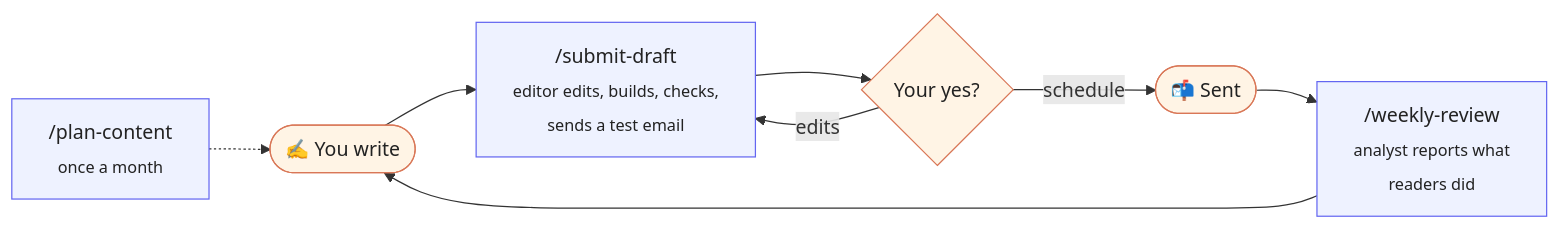
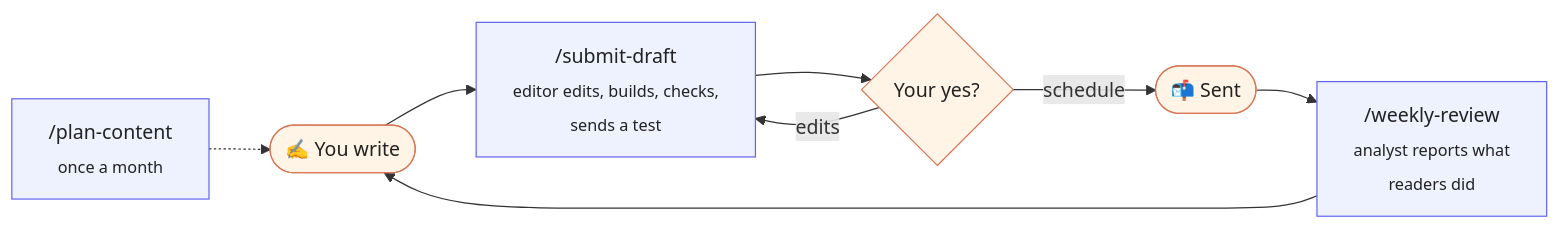
One commit to matthewmalia/beehiiv-starting-block changed the diagram in README.md. Above: the diagram before and after it, drawn with Mermaid. The commit also changed other lines of this file, not shown here.

````diff
--- a/README.md
+++ b/README.md
@@ -51,15 +49,15 @@
 ```mermaid
 flowchart LR
-    W(["✍️ You write"]) --> S["/submit-draft<br/><sub>editor edits, builds, checks,<br/>sends a test email</sub>"]
+    W(["✍️ You write"]) --> S["/submit-draft<br/><sub>editor edits, builds, checks,<br/>sends a test</sub>"]
     S --> A{"Your yes?"}
     A -- "edits" --> S
     A -- "schedule" --> P(["📬 Sent"])
     P --> R["/weekly-review<br/><sub>analyst reports what<br/>readers did</sub>"]
     R --> W
     C["/plan-content<br/><sub>once a month</sub>"] -.-> W
 
     classDef you fill:#FFF4E5,stroke:#D97757,color:#222
     classDef cmd fill:#EEF2FF,stroke:#6366F1,color:#222
     class W,A,P you
     class S,R,C cmd
 ```
````
